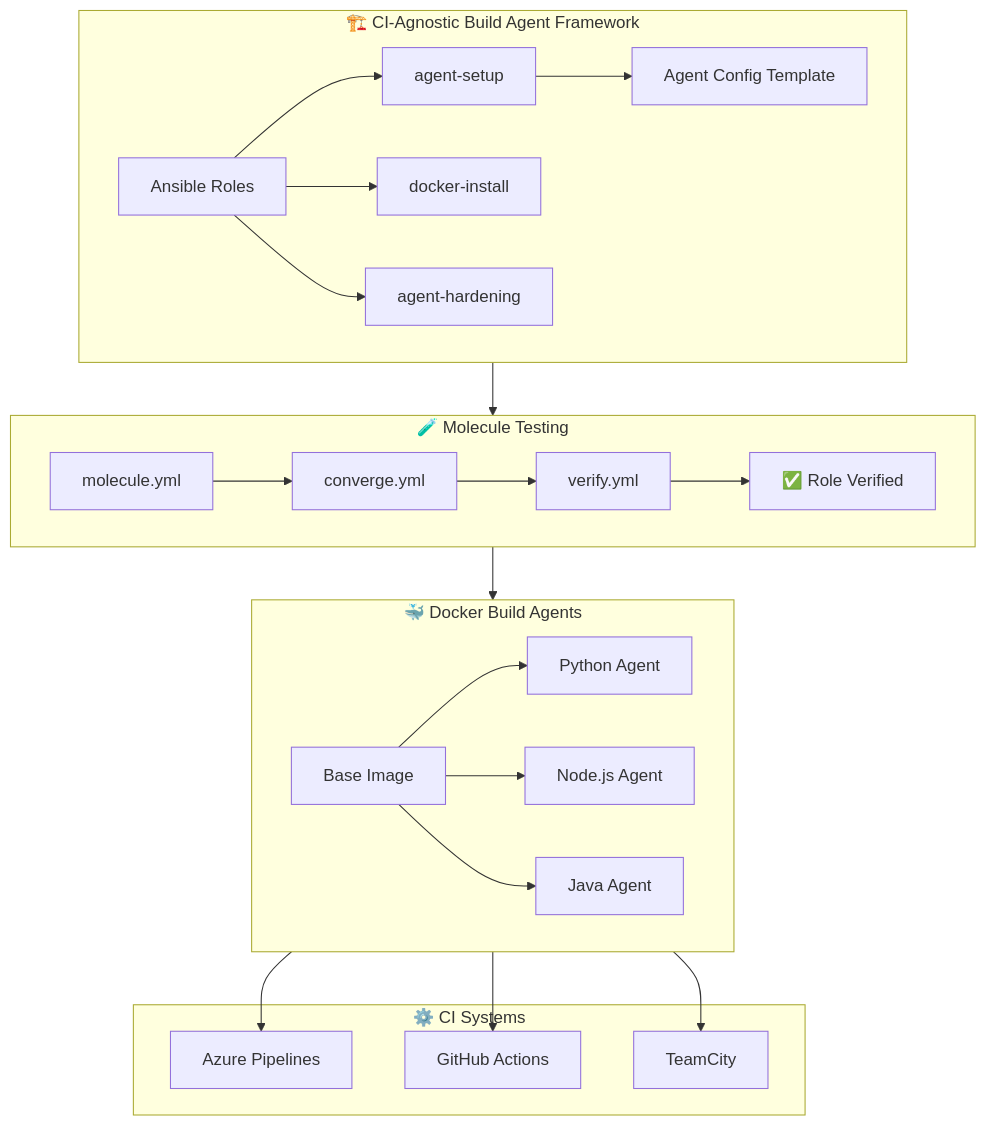
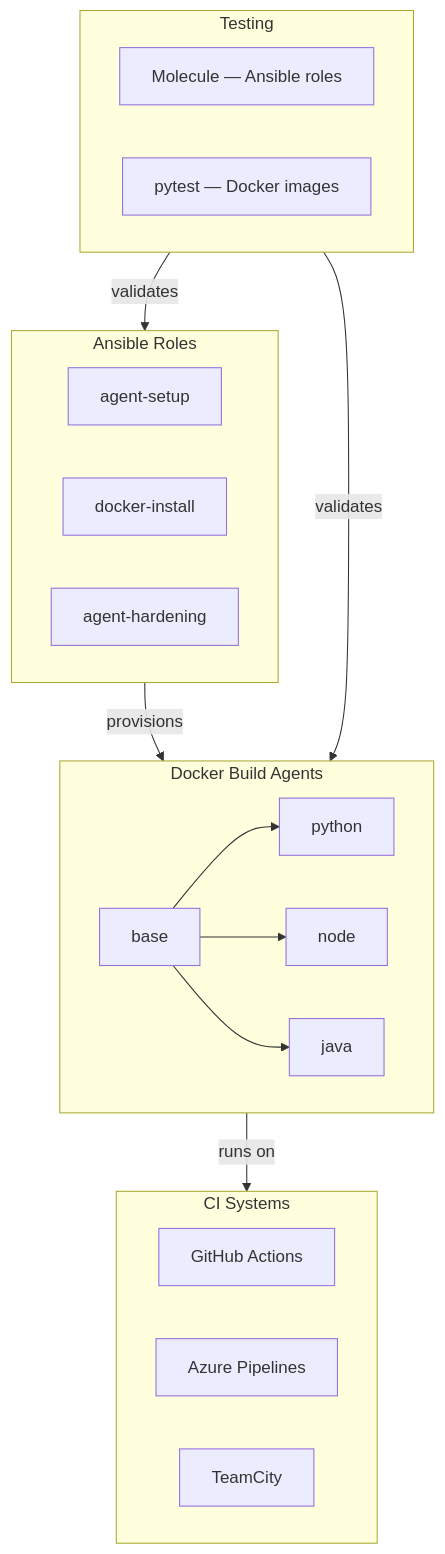
One commit to megha910825/ci-agnostic-build-agent-framework changed the diagram in README.md. Above: the diagram before and after it, drawn with Mermaid. The commit also changed other lines of this file, not shown here.

````diff
--- a/README.md
+++ b/README.md
@@ -59,34 +41,31 @@
 ```mermaid
 graph TB
-    subgraph Framework["🏗️ CI-Agnostic Build Agent Framework"]
-        A[Ansible Roles] --> B[agent-setup]
-        A --> C[docker-install]
-        A --> D[agent-hardening]
-        B --> E[Agent Config Template]
+    subgraph Ansible["Ansible Roles"]
+        A[agent-setup]
+        B[docker-install]
+        C[agent-hardening]
     end
 
-    subgraph Testing["🧪 Molecule Testing"]
-        F[molecule.yml] --> G[converge.yml]
-        G --> H[verify.yml]
-        H --> I[✅ Role Verified]
+    subgraph Images["Docker Build Agents"]
+        D[base]
+        D --> E[python]
+        D --> F[node]
+        D --> G[java]
     end
 
-    subgraph Agents["🐳 Docker Build Agents"]
-        J[Base Image]
-        J --> K[Python Agent]
-        J --> L[Node.js Agent]
-        J --> M[Java Agent]
+    subgraph CI["CI Systems"]
+        H[GitHub Actions]
+        I[Azure Pipelines]
+        J[TeamCity]
     end
 
-    subgraph CI["⚙️ CI Systems"]
-        N[Azure Pipelines]
-        O[GitHub Actions]
-        P[TeamCity]
+    subgraph Tests["Testing"]
+        K[Molecule — Ansible roles]
+        L[pytest — Docker images]
     end
 
-    Framework --> Testing
-    Testing --> Agents
-    Agents --> N
-    Agents --> O
-    Agents --> P
+    Ansible -->|provisions| Images
+    Images -->|runs on| CI
+    Tests -->|validates| Ansible
+    Tests -->|validates| Images
 ```
````
